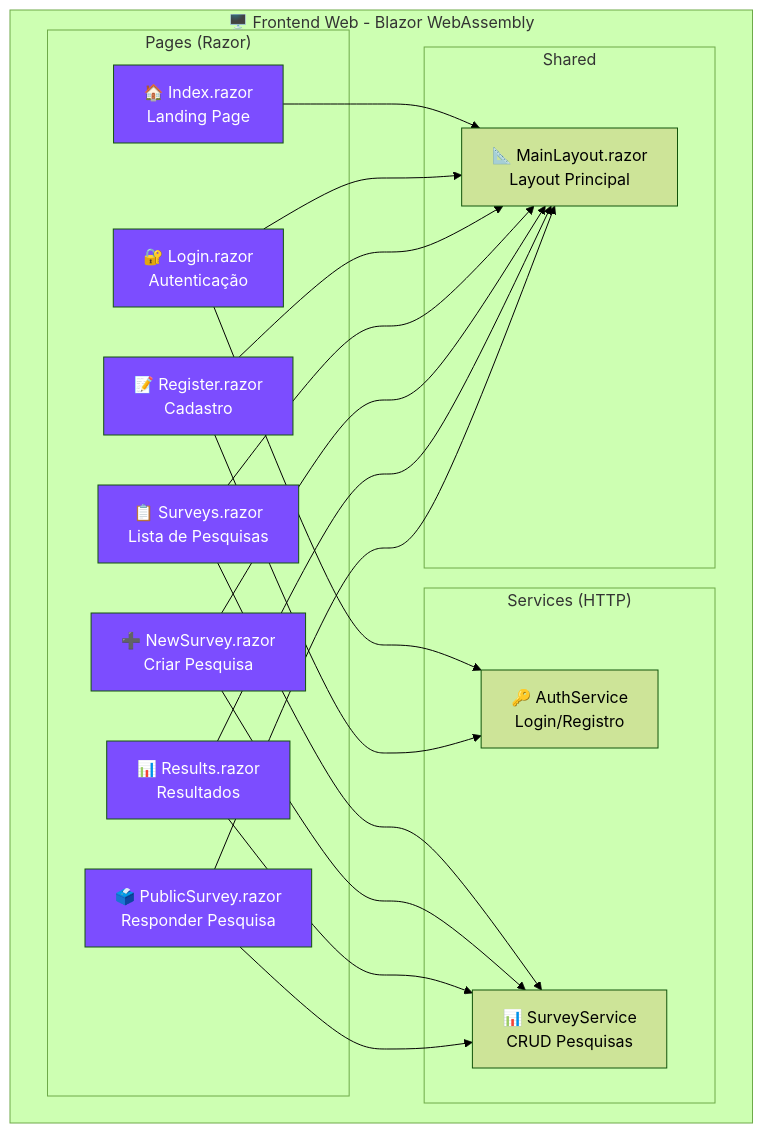
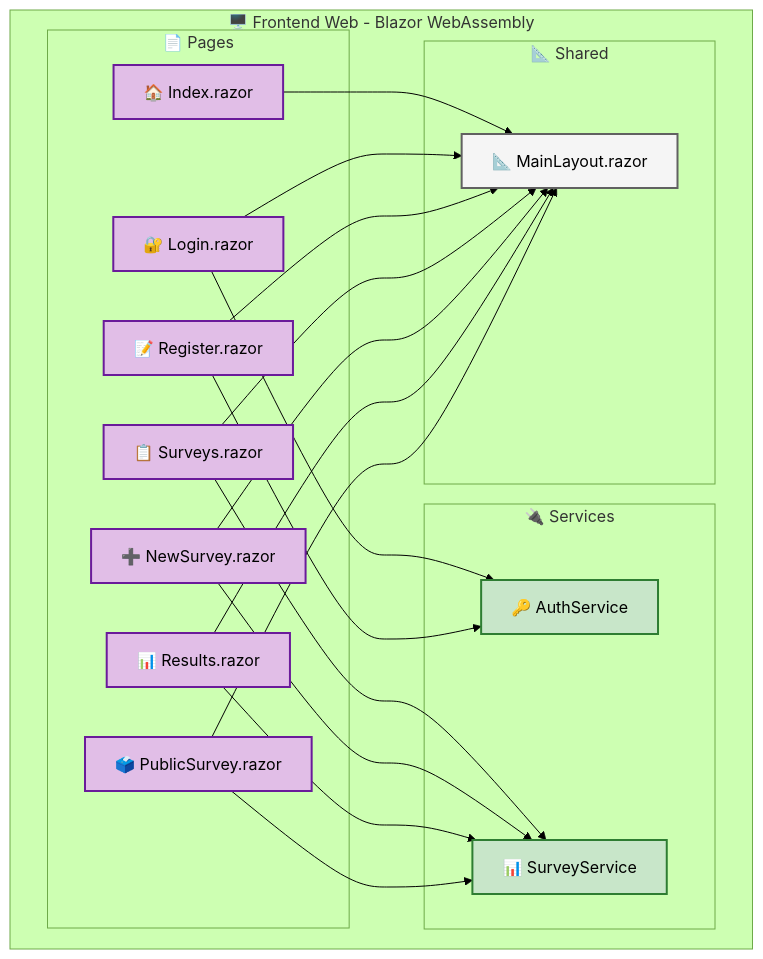
The sixth of 7 diagrams in docs/02-arquitetura-c4.md (gabrigabs/public-polls-app), drawn with Mermaid (forest theme) before and after one commit. The commit also changed other lines of this file and 6 other files, not shown here.

Commit message:
docs: standardize and improve mermaid diagrams readability

````diff
--- a/docs/02-arquitetura-c4.md
+++ b/docs/02-arquitetura-c4.md
@@ -228,46 +233,47 @@
 ```mermaid
 graph TB
-    subgraph web["🖥️ Frontend Web - Blazor WebAssembly"]
-        subgraph pages["Pages (Razor)"]
-            IP["🏠 Index.razor<br/>Landing Page"]
-            LP["🔐 Login.razor<br/>Autenticação"]
-            RP["📝 Register.razor<br/>Cadastro"]
-            SLP["📋 Surveys.razor<br/>Lista de Pesquisas"]
-            NSP["➕ NewSurvey.razor<br/>Criar Pesquisa"]
-            RSP["📊 Results.razor<br/>Resultados"]
-            PSP["🗳️ PublicSurvey.razor<br/>Responder Pesquisa"]
+    subgraph "🖥️ Frontend Web - Blazor WebAssembly"
+        subgraph "📄 Pages"
+            IP["🏠 Index.razor"]
+            LP["🔐 Login.razor"]
+            RP["📝 Register.razor"]
+            SLP["📋 Surveys.razor"]
+            NSP["➕ NewSurvey.razor"]
+            RSP["📊 Results.razor"]
+            PSP["🗳️ PublicSurvey.razor"]
         end
 
-        subgraph services["Services (HTTP)"]
-            ASVC["🔑 AuthService<br/>Login/Registro"]
-            SSVC["📊 SurveyService<br/>CRUD Pesquisas"]
+        subgraph "🔌 Services"
+            ASVC["🔑 AuthService"]
+            SSVC["📊 SurveyService"]
         end
 
-        subgraph shared["Shared"]
-            ML["📐 MainLayout.razor<br/>Layout Principal"]
+        subgraph "📐 Shared"
+            ML["📐 MainLayout.razor"]
         end
     end
 
     LP --> ASVC
     RP --> ASVC
     SLP --> SSVC
     NSP --> SSVC
     RSP --> SSVC
     PSP --> SSVC
 
     IP --> ML
     LP --> ML
     RP --> ML
     SLP --> ML
     NSP --> ML
     RSP --> ML
     PSP --> ML
 
-    style IP fill:#7c4dff,color:#fff
-    style LP fill:#7c4dff,color:#fff
-    style RP fill:#7c4dff,color:#fff
-    style SLP fill:#7c4dff,color:#fff
-    style NSP fill:#7c4dff,color:#fff
-    style RSP fill:#7c4dff,color:#fff
-    style PSP fill:#7c4dff,color:#fff
+    %% Styling
+    classDef page fill:#e1bee7,stroke:#6a1b9a,color:#000,stroke-width:2px;
+    classDef svc fill:#c8e6c9,stroke:#2e7d32,color:#000,stroke-width:2px;
+    classDef shared fill:#f5f5f5,stroke:#616161,color:#000,stroke-width:2px;
+
+    class IP,LP,RP,SLP,NSP,RSP,PSP page;
+    class ASVC,SSVC svc;
+    class ML shared;
 ```
````
